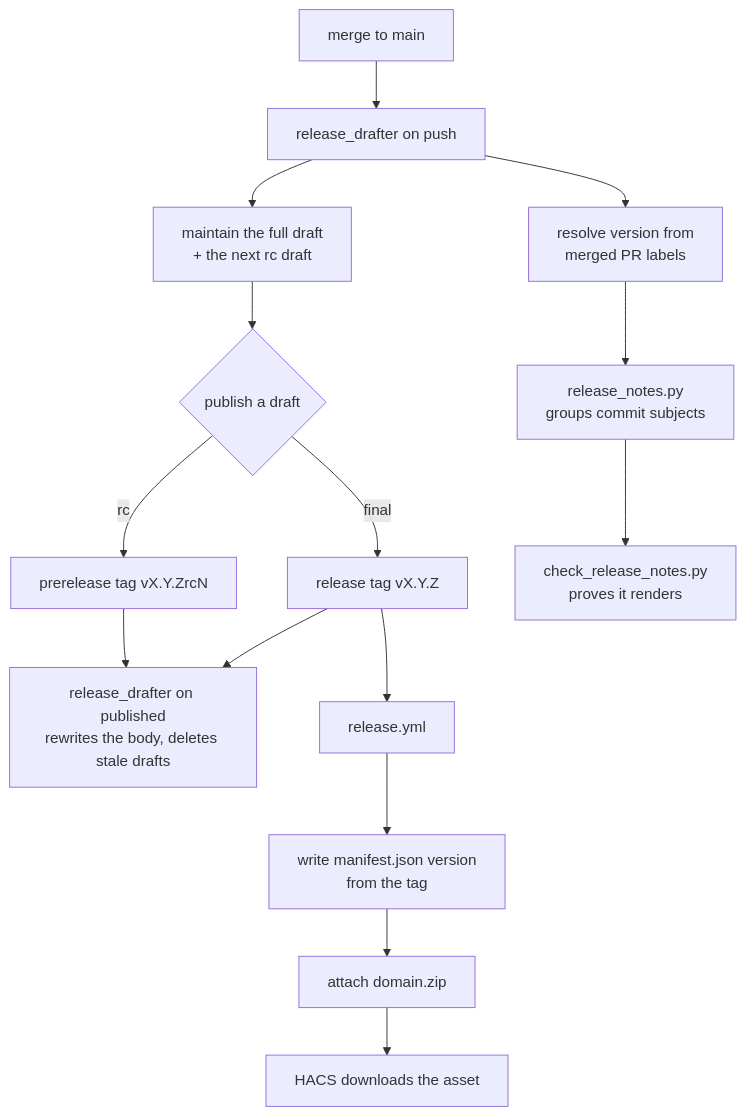
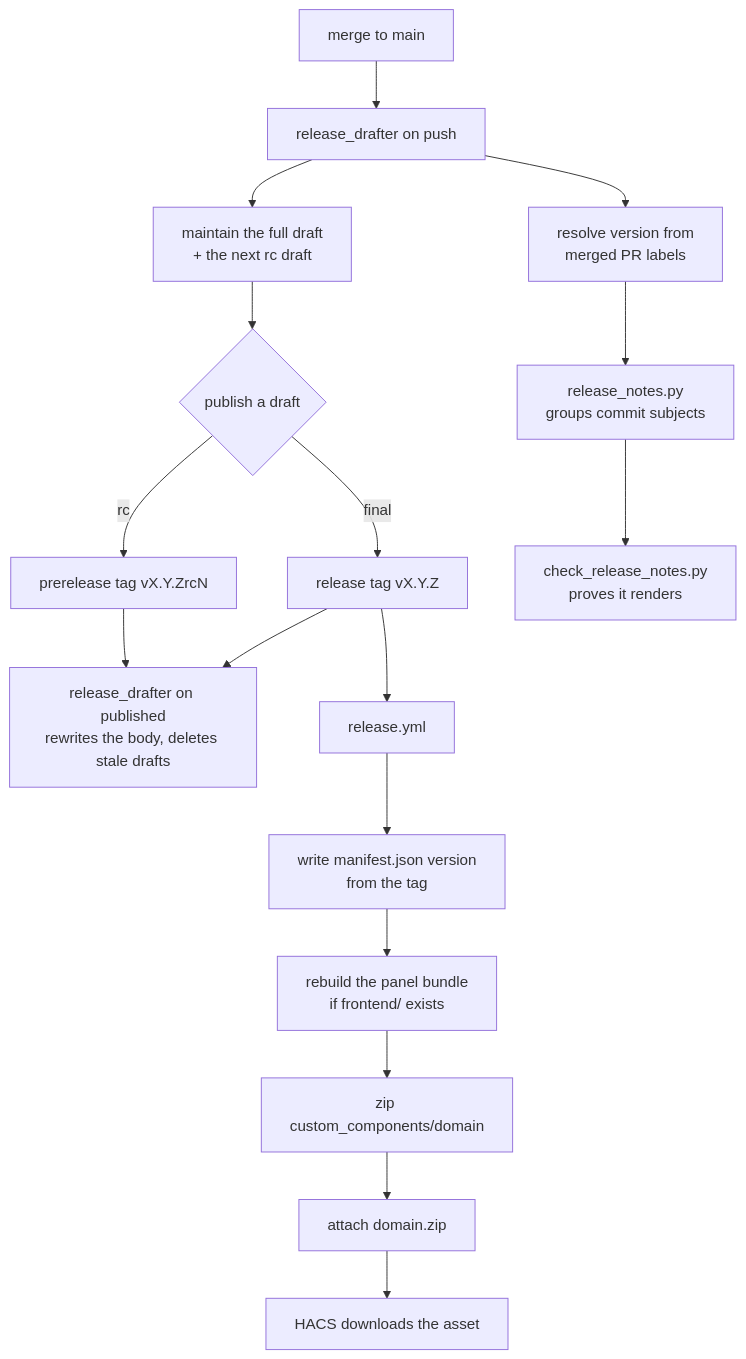
Before and after one commit to PineappleEmperor/ha-skills: the third of 3 diagrams in docs/workflow-map.md, drawn with Mermaid. The commit also changed other lines of this file and 11 other files, not shown here.

````diff
--- a/docs/workflow-map.md
+++ b/docs/workflow-map.md
@@ -141,20 +141,22 @@
 ```mermaid
 flowchart TD
   M[merge to main] --> RD1[release_drafter on push]
   RD1 --> DFT[maintain the full draft<br/>+ the next rc draft]
   RD1 --> VER[resolve version from<br/>merged PR labels]
   VER --> NOTES[release_notes.py<br/>groups commit subjects]
   NOTES --> CHECK[check_release_notes.py<br/>proves it renders]
 
   DFT --> PUB{publish a draft}
   PUB -->|rc| RC[prerelease tag vX.Y.ZrcN]
   PUB -->|final| FIN[release tag vX.Y.Z]
 
   FIN --> RD2[release_drafter on published<br/>rewrites the body, deletes stale drafts]
   FIN --> ZIP[release.yml]
   ZIP --> MAN[write manifest.json version<br/>from the tag]
-  MAN --> ASSET[attach domain.zip]
+  MAN --> REB[rebuild the panel bundle<br/>if frontend/ exists]
+  REB --> PACK[zip custom_components/domain]
+  PACK --> ASSET[attach domain.zip]
   ASSET --> HACSDL[HACS downloads the asset]
 
   RC --> RD2
 ```
````
